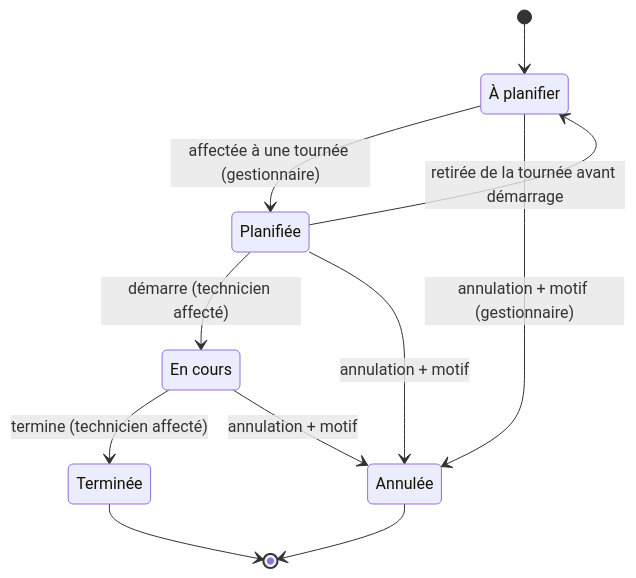
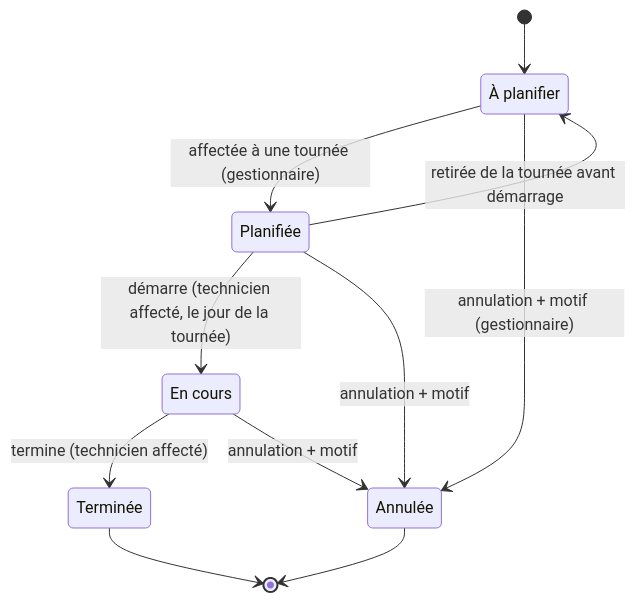
Before and after one commit to Falkor555/plumbly-msp2: the first of 2 diagrams in docs/cahier-des-charges.md, drawn with Mermaid. The commit also changed other lines of this file and 4 other files, not shown here.

````diff
--- a/docs/cahier-des-charges.md
+++ b/docs/cahier-des-charges.md
@@ -175,19 +175,19 @@
 ```mermaid
 stateDiagram-v2
     [*] --> APlanifier
     APlanifier: À planifier
     Planifiee: Planifiée
     EnCours: En cours
     Terminee: Terminée
     Annulee: Annulée
 
     APlanifier --> Planifiee: affectée à une tournée (gestionnaire)
     Planifiee --> APlanifier: retirée de la tournée avant démarrage
-    Planifiee --> EnCours: démarre (technicien affecté)
+    Planifiee --> EnCours: démarre (technicien affecté, le jour de la tournée)
     EnCours --> Terminee: termine (technicien affecté)
     APlanifier --> Annulee: annulation + motif (gestionnaire)
     Planifiee --> Annulee: annulation + motif
     EnCours --> Annulee: annulation + motif
     Terminee --> [*]
     Annulee --> [*]
 ```
````
